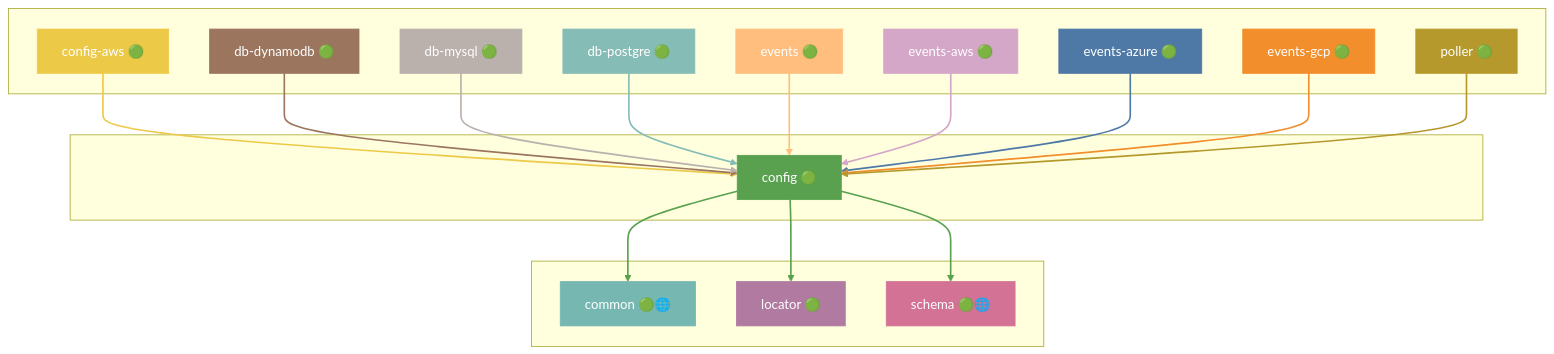
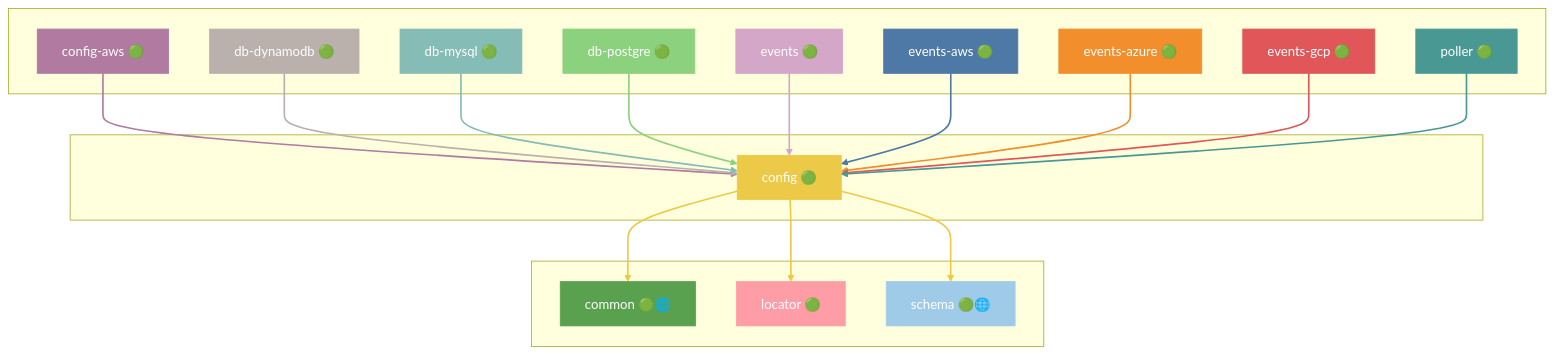
Before and after one commit to grest-ts/grest-ts: the seventh of 45 diagrams in docs/DEPENDENCIES.md, drawn with Mermaid. The commit also changed other lines of this file and 6 other files, not shown here.

````diff
--- a/docs/DEPENDENCIES.md
+++ b/docs/DEPENDENCIES.md
@@ -545,59 +563,59 @@
 ```mermaid
 flowchart TB
     subgraph Dependents[" "]
         config-aws["config-aws 🟢"]
         db-dynamodb["db-dynamodb 🟢"]
         db-mysql["db-mysql 🟢"]
         db-postgre["db-postgre 🟢"]
         events["events 🟢"]
         events-aws["events-aws 🟢"]
         events-azure["events-azure 🟢"]
         events-gcp["events-gcp 🟢"]
         poller["poller 🟢"]
     end
     subgraph Package[" "]
         config["config 🟢"]
     end
     subgraph Dependencies[" "]
         common["common 🟢🌐"]
         locator["locator 🟢"]
         schema["schema 🟢🌐"]
     end
     config-aws --> config
     db-dynamodb --> config
     db-mysql --> config
     db-postgre --> config
     events --> config
     events-aws --> config
     events-azure --> config
     events-gcp --> config
     poller --> config
     config --> common
     config --> locator
     config --> schema
-    style config fill:#59A14F,stroke:#59A14F,color:#fff
-    style config-aws fill:#EDC948,stroke:#EDC948,color:#fff
-    style db-dynamodb fill:#9C755F,stroke:#9C755F,color:#fff
-    style db-mysql fill:#BAB0AC,stroke:#BAB0AC,color:#fff
-    style db-postgre fill:#86BCB6,stroke:#86BCB6,color:#fff
-    style events fill:#FFBE7D,stroke:#FFBE7D,color:#fff
-    style events-aws fill:#D4A6C8,stroke:#D4A6C8,color:#fff
-    style events-azure fill:#4E79A7,stroke:#4E79A7,color:#fff
-    style events-gcp fill:#F28E2B,stroke:#F28E2B,color:#fff
-    style poller fill:#B6992D,stroke:#B6992D,color:#fff
-    style common fill:#76B7B2,stroke:#76B7B2,color:#fff
-    style locator fill:#B07AA1,stroke:#B07AA1,color:#fff
-    style schema fill:#D37295,stroke:#D37295,color:#fff
-    linkStyle 0 stroke:#EDC948,stroke-width:2px
-    linkStyle 1 stroke:#9C755F,stroke-width:2px
-    linkStyle 2 stroke:#BAB0AC,stroke-width:2px
-    linkStyle 3 stroke:#86BCB6,stroke-width:2px
-    linkStyle 4 stroke:#FFBE7D,stroke-width:2px
-    linkStyle 5 stroke:#D4A6C8,stroke-width:2px
-    linkStyle 6 stroke:#4E79A7,stroke-width:2px
-    linkStyle 7 stroke:#F28E2B,stroke-width:2px
-    linkStyle 8 stroke:#B6992D,stroke-width:2px
-    linkStyle 9 stroke:#59A14F,stroke-width:2px
-    linkStyle 10 stroke:#59A14F,stroke-width:2px
-    linkStyle 11 stroke:#59A14F,stroke-width:2px
+    style config fill:#EDC948,stroke:#EDC948,color:#fff
+    style config-aws fill:#B07AA1,stroke:#B07AA1,color:#fff
+    style db-dynamodb fill:#BAB0AC,stroke:#BAB0AC,color:#fff
+    style db-mysql fill:#86BCB6,stroke:#86BCB6,color:#fff
+    style db-postgre fill:#8CD17D,stroke:#8CD17D,color:#fff
+    style events fill:#D4A6C8,stroke:#D4A6C8,color:#fff
+    style events-aws fill:#4E79A7,stroke:#4E79A7,color:#fff
+    style events-azure fill:#F28E2B,stroke:#F28E2B,color:#fff
+    style events-gcp fill:#E15759,stroke:#E15759,color:#fff
+    style poller fill:#499894,stroke:#499894,color:#fff
+    style common fill:#59A14F,stroke:#59A14F,color:#fff
+    style locator fill:#FF9DA7,stroke:#FF9DA7,color:#fff
+    style schema fill:#A0CBE8,stroke:#A0CBE8,color:#fff
+    linkStyle 0 stroke:#B07AA1,stroke-width:2px
+    linkStyle 1 stroke:#BAB0AC,stroke-width:2px
+    linkStyle 2 stroke:#86BCB6,stroke-width:2px
+    linkStyle 3 stroke:#8CD17D,stroke-width:2px
+    linkStyle 4 stroke:#D4A6C8,stroke-width:2px
+    linkStyle 5 stroke:#4E79A7,stroke-width:2px
+    linkStyle 6 stroke:#F28E2B,stroke-width:2px
+    linkStyle 7 stroke:#E15759,stroke-width:2px
+    linkStyle 8 stroke:#499894,stroke-width:2px
+    linkStyle 9 stroke:#EDC948,stroke-width:2px
+    linkStyle 10 stroke:#EDC948,stroke-width:2px
+    linkStyle 11 stroke:#EDC948,stroke-width:2px
 ```
````
